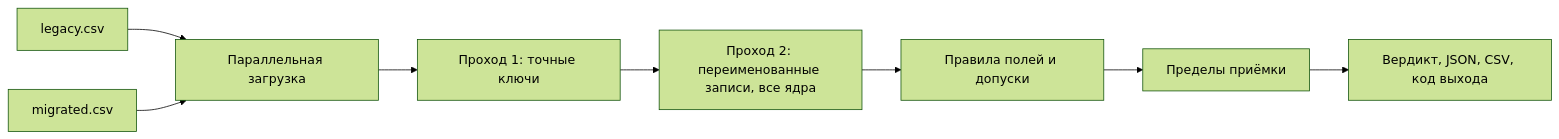
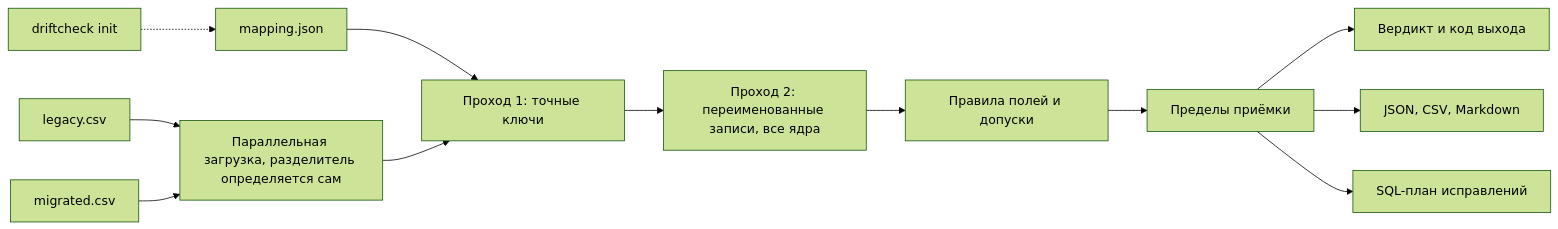
The diagram in README.ru.md (artyom129/driftcheck), drawn with Mermaid (forest theme) before and after one commit. The commit also changed other lines of this file and 13 other files, not shown here.

First line of the commit message:
driftcheck 0.2.0: init, per-field breakdown, SQL patch plan, Markdown summary, delimiter detection

````diff
--- a/README.ru.md
+++ b/README.ru.md
@@ -76,10 +124,14 @@
 ```mermaid
 flowchart LR
-    A["legacy.csv"] --> L["Параллельная загрузка"]
+    A["legacy.csv"] --> L["Параллельная загрузка, разделитель определяется сам"]
     B["migrated.csv"] --> L
+    I["driftcheck init"] -.-> C["mapping.json"]
+    C --> K
     L --> K["Проход 1: точные ключи"]
     K --> F["Проход 2: переименованные записи, все ядра"]
     F --> D["Правила полей и допуски"]
     D --> G["Пределы приёмки"]
-    G --> V["Вердикт, JSON, CSV, код выхода"]
+    G --> V["Вердикт и код выхода"]
+    G --> R["JSON, CSV, Markdown"]
+    G --> P["SQL-план исправлений"]
 ```
````
